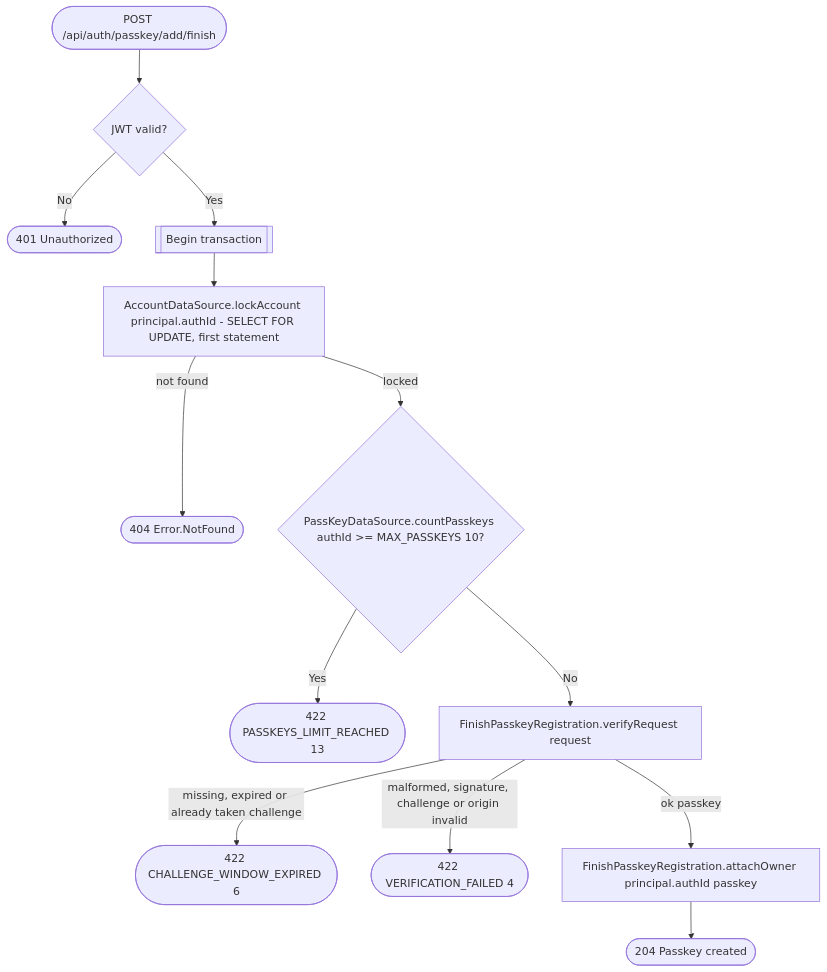
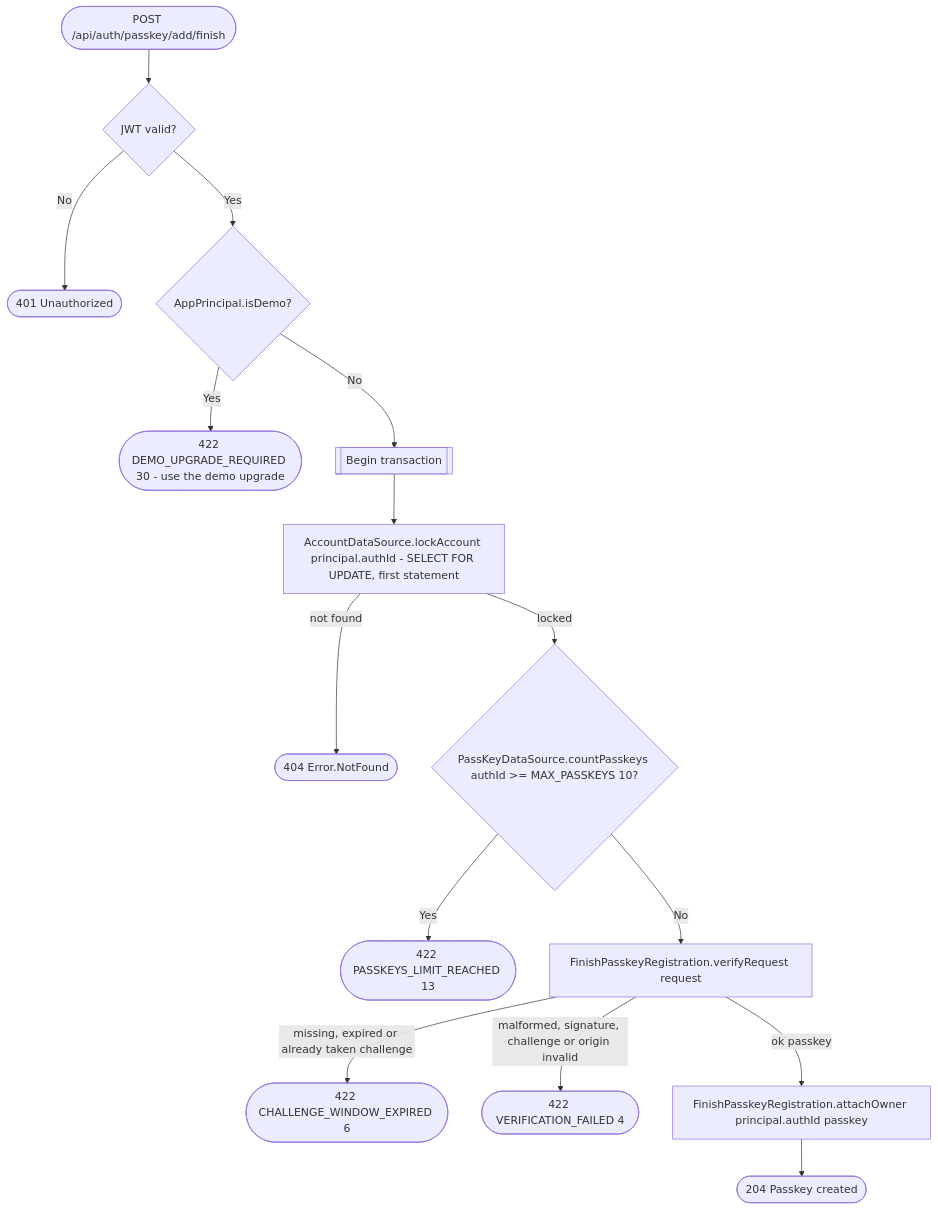
The diagram in docs/operations/authorization/add-passkey.md (nocturneproperties/bookkme), drawn with Mermaid before and after one commit. The commit also changed other lines of this file and 9 other files, not shown here.

Commit message:
[ISSUE-205] send demo accounts to the upgrade instead of the regular email and passkey routes

````diff
--- a/docs/operations/authorization/add-passkey.md
+++ b/docs/operations/authorization/add-passkey.md
@@ -14,15 +16,17 @@
 ```mermaid
 flowchart TD
     Start([POST /api/auth/passkey/add/finish]) --> Auth{JWT valid?}
     Auth -- No --> R401([401 Unauthorized])
-    Auth -- Yes --> Tx[[Begin transaction]]
+    Auth -- Yes --> DemoCheck{AppPrincipal.isDemo?}
+    DemoCheck -- Yes --> R422demo([422 DEMO_UPGRADE_REQUIRED 30 - use the demo upgrade])
+    DemoCheck -- No --> Tx[[Begin transaction]]
     Tx --> Lock[AccountDataSource.lockAccount principal.authId - SELECT FOR UPDATE, first statement]
     Lock -- not found --> R404([404 Error.NotFound])
     Lock -- locked --> Count{PassKeyDataSource.countPasskeys authId >= MAX_PASSKEYS 10?}
     Count -- Yes --> R422l([422 PASSKEYS_LIMIT_REACHED 13])
     Count -- No --> Verify[FinishPasskeyRegistration.verifyRequest request]
     Verify -- missing, expired or already taken challenge --> R422a([422 CHALLENGE_WINDOW_EXPIRED 6])
     Verify -- malformed, signature, challenge or origin invalid --> R422b([422 VERIFICATION_FAILED 4])
     Verify -- ok passkey --> Attach[FinishPasskeyRegistration.attachOwner principal.authId passkey]
     Attach --> R204([204 Passkey created])
 ```
````
